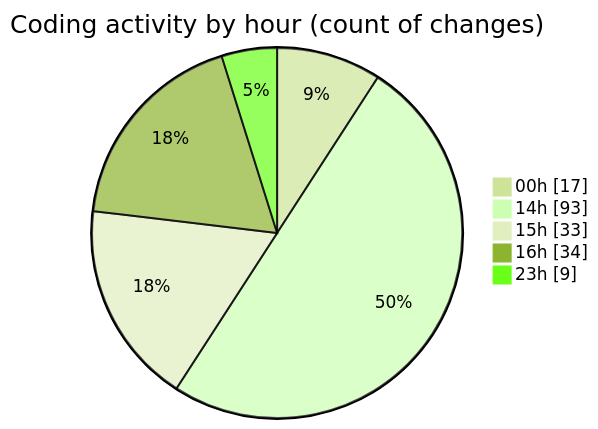
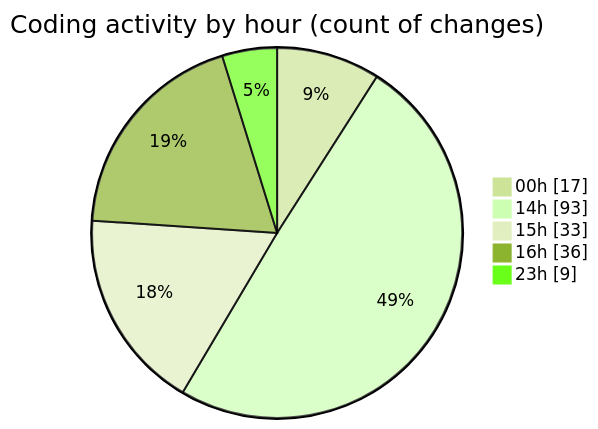
One commit to Ritupan-Deka/code-tracking changed the second of 2 diagrams in 2025-07-20/mern-workoutboard/README.md. Above: the diagram before and after it, drawn with Mermaid (forest theme). The commit also changed other lines of this file and 1 other file, not shown here.

````diff
--- a/2025-07-20/mern-workoutboard/README.md
+++ b/2025-07-20/mern-workoutboard/README.md
@@ -34,9 +36,9 @@
 ```mermaid
 pie showData
 title Coding activity by hour (count of changes)
 "00h" : 17
 "14h" : 93
 "15h" : 33
-"16h" : 34
+"16h" : 36
 "23h" : 9
 ```
````
